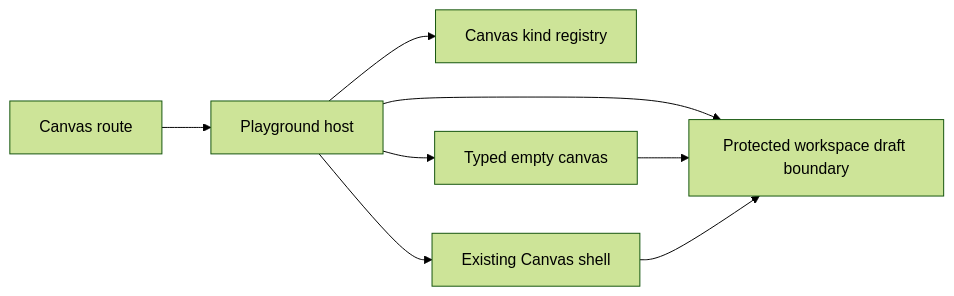
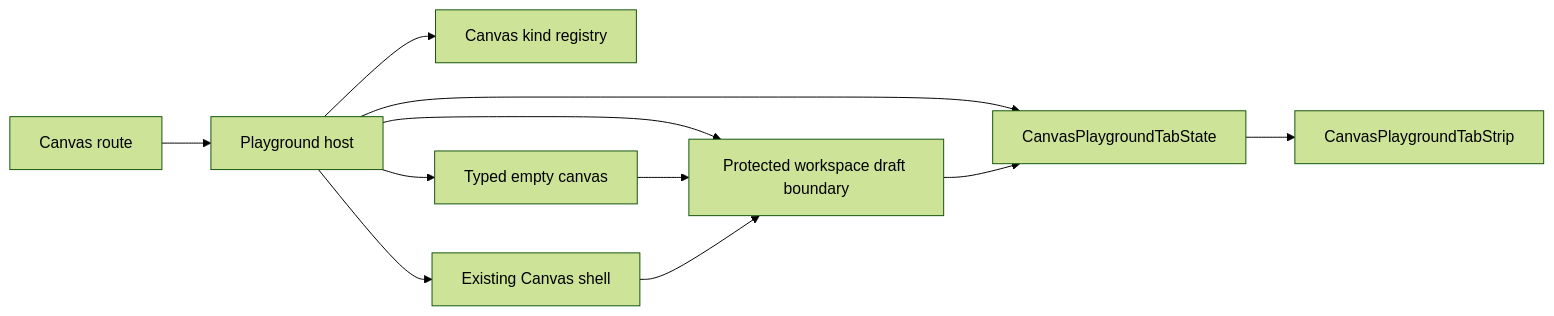
The second of 3 diagrams in docs/architecture/components/web/graph/canvas-playground-host-component.md (dunay2/dvt), drawn with Mermaid (forest theme) before and after one commit. The commit also changed other lines of this file and 18 other files, not shown here.

Commit message:
feat(web): Add host-owned canvas tab restoration

````diff
--- a/docs/architecture/components/web/graph/canvas-playground-host-component.md
+++ b/docs/architecture/components/web/graph/canvas-playground-host-component.md
@@ -94,17 +100,22 @@
 ```mermaid
 flowchart LR
   Route["Canvas route"]
   Host["Playground host"]
+  TabState["CanvasPlaygroundTabState"]
+  Tabs["CanvasPlaygroundTabStrip"]
   Registry["Canvas kind registry"]
   Empty["Typed empty canvas"]
   Shell["Existing Canvas shell"]
   Draft["Protected workspace draft boundary"]
 
   Route --> Host
+  Host --> TabState
+  TabState --> Tabs
   Host --> Registry
   Host --> Empty
   Host --> Shell
   Host --> Draft
+  Draft --> TabState
   Empty --> Draft
   Shell --> Draft
 ```
````
